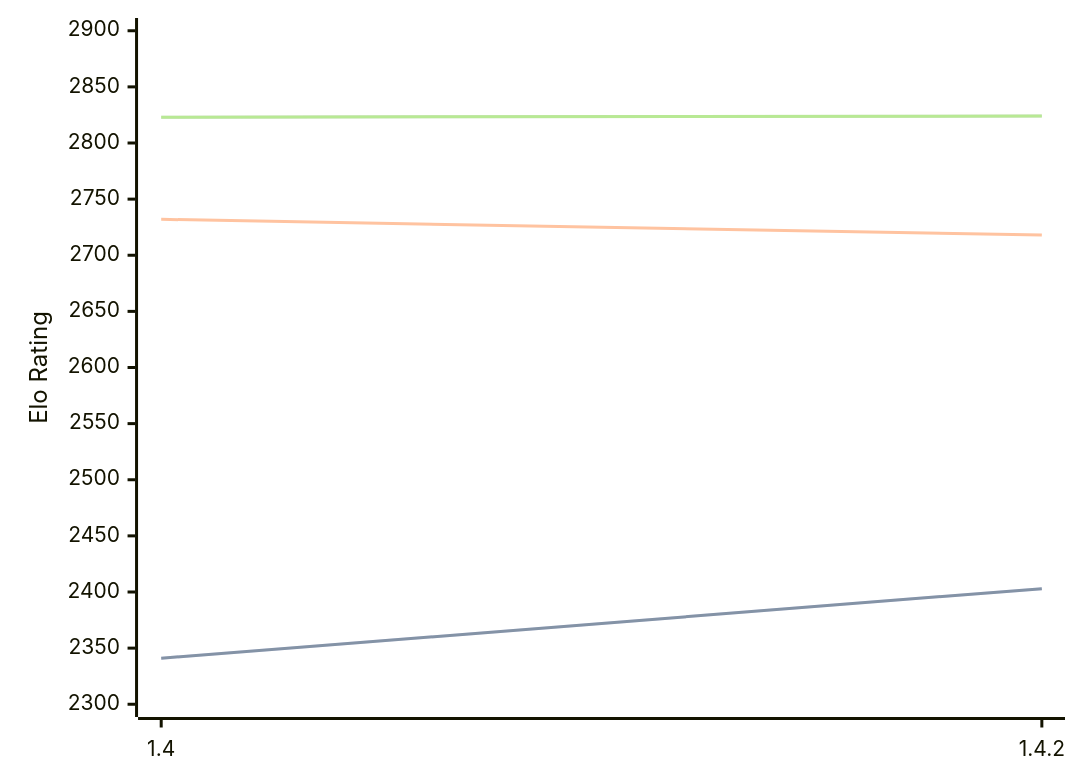
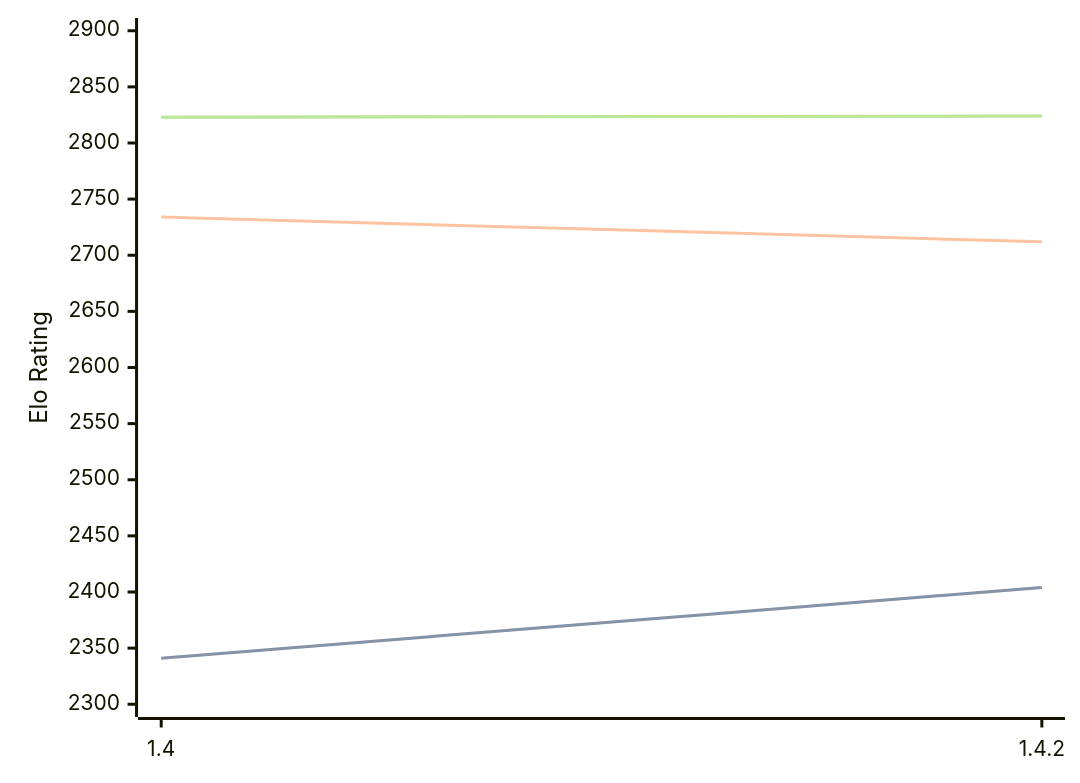
Before and after one commit to computer-chess-index/cci: the diagram in engines/Spike.md, drawn with Mermaid. The commit also changed other lines of this file, not shown here.

````diff
--- a/engines/Spike.md
+++ b/engines/Spike.md
@@ -32,11 +32,11 @@
 ```mermaid
 %%{init: {"theme":"base","themeVariables":{"seriesColors:['#a3a3a3','#222221','#faa371']}}}%%
 xychart-beta
   x-axis ["1.4", "1.4.2"]
   y-axis "Elo Rating" 2300 --> 2900
-  line "" [2341, 2403]
-  line "STC (8.0+0.08s)" [2341, 2403]
-  line "LTC (60.0+0.60s)" [2732, 2718]
+  line "" [2341, 2404]
+  line "STC (8.0+0.08s)" [2341, 2404]
+  line "LTC (60.0+0.60s)" [2734, 2712]
   line "" [2823, 2824]
   line "VLTC (2m24s+1.12s)" [2823, 2824]
 ```
````
